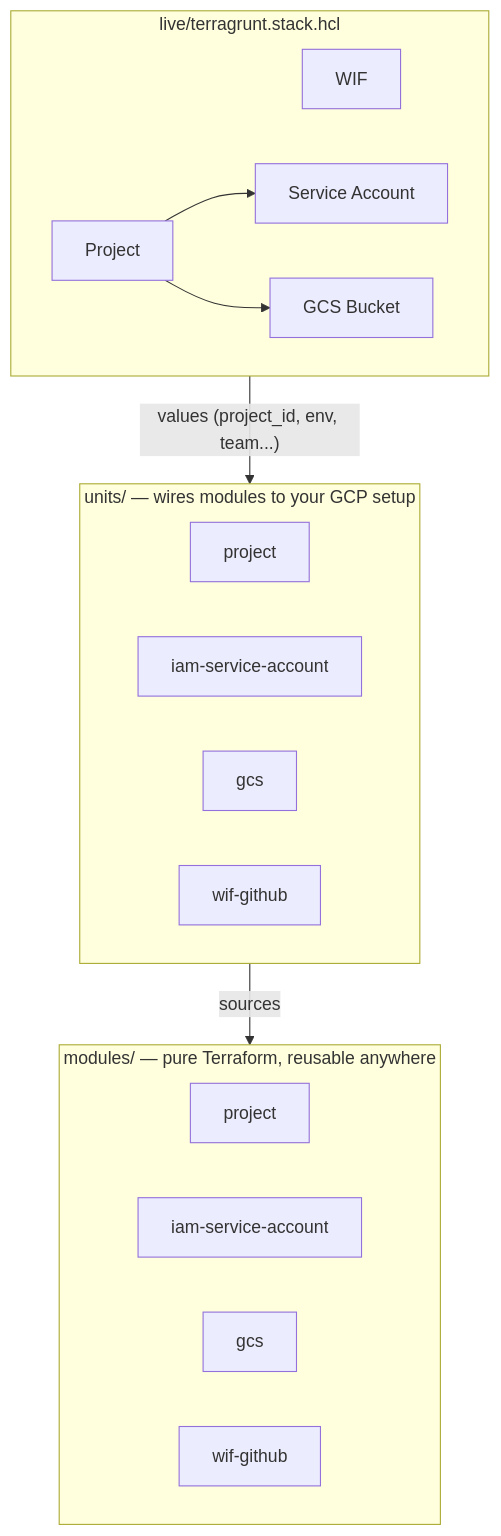
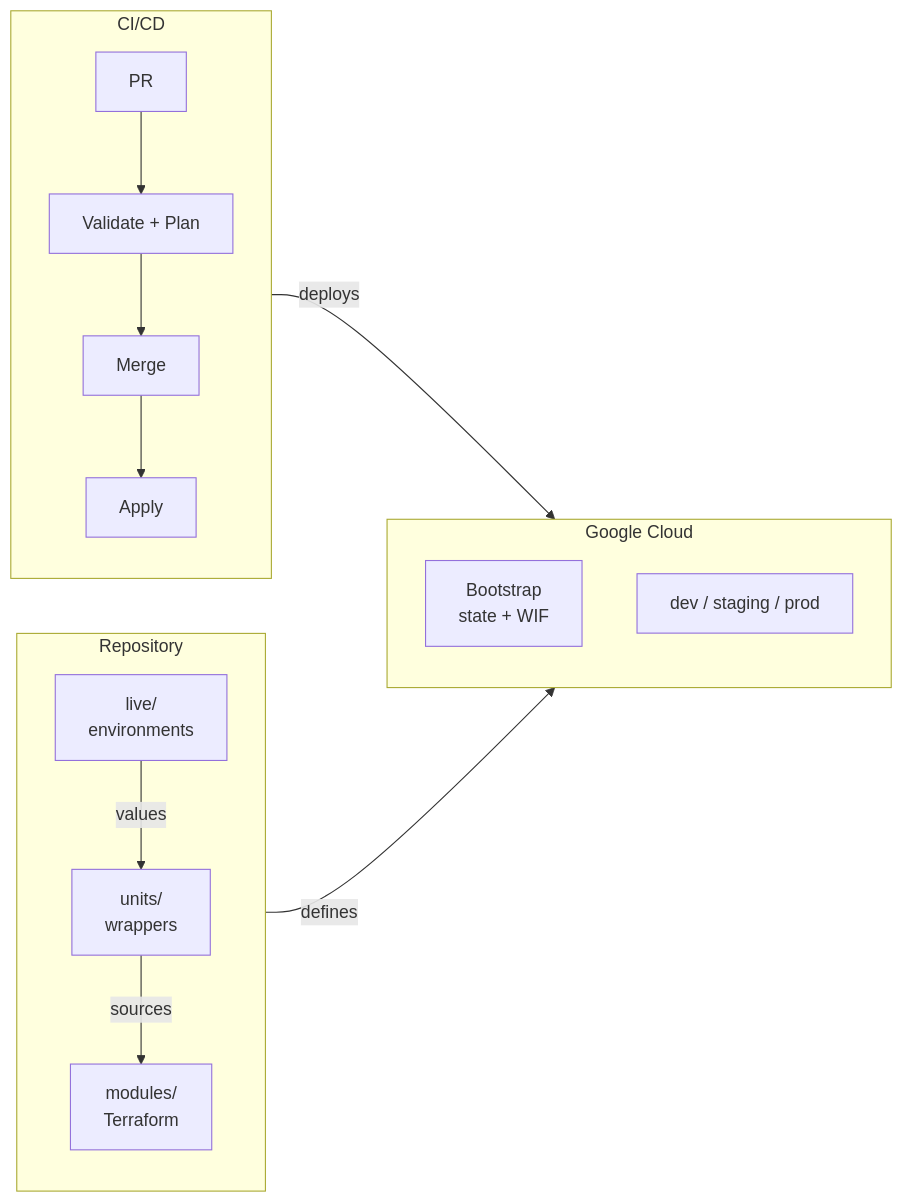
The diagram in README.md (Chopsticks13/gcp-foundation-modules), drawn with Mermaid before and after one commit. The commit also changed other lines of this file, not shown here.

Commit message:
docs: consolidate README to single architecture diagram

````diff
--- a/README.md
+++ b/README.md
@@ -15,31 +15,20 @@
 ```mermaid
-flowchart TB
-  subgraph stack["live/terragrunt.stack.hcl"]
-    direction LR
-    wif["WIF"]
-    proj["Project"]
-    sa["Service Account"]
-    gcs["GCS Bucket"]
-    proj --> sa
-    proj --> gcs
+flowchart LR
+  subgraph ci["CI/CD"]
+    pr["PR"] --> validate["Validate + Plan"]
+    validate --> merge["Merge"] --> apply["Apply"]
   end
 
-  subgraph units["units/ — wires modules to your GCP setup"]
-    direction LR
-    u1["project"]
-    u2["iam-service-account"]
-    u3["gcs"]
-    u4["wif-github"]
+  subgraph repo["Repository"]
+    live["live/<br/>environments"] -->|values| units["units/<br/>wrappers"]
+    units -->|sources| modules["modules/<br/>Terraform"]
   end
 
-  subgraph modules["modules/ — pure Terraform, reusable anywhere"]
-    direction LR
-    m1["project"]
-    m2["iam-service-account"]
-    m3["gcs"]
-    m4["wif-github"]
+  subgraph gcp["Google Cloud"]
+    bootstrap["Bootstrap<br/>state + WIF"]
+    envs["dev / staging / prod"]
   end
 
-  stack -->|"values (project_id, env, team...)"| units
-  units -->|"sources"| modules
+  ci -->|"deploys"| gcp
+  repo -->|"defines"| gcp
 ```
````
